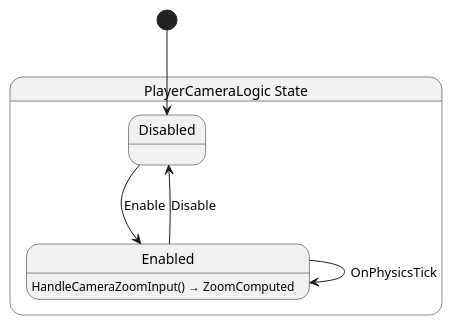
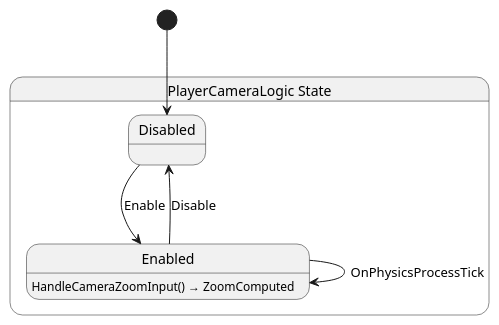
One commit to SkyValor/rescue-drone changed the diagram in Scripts/Drone/PlayerCamera/State/PlayerCameraLogic.g.puml. Above: the diagram before and after it, drawn with PlantUML. The commit also changed 7 other files, not shown here.

Commit message:
Attempted a different approach for smoothing out the camera rotation, but reverted. PlayerCameraLogic now outputs computed results instead of setting them directly.

```diff
--- a/Scripts/Drone/PlayerCamera/State/PlayerCameraLogic.g.puml
+++ b/Scripts/Drone/PlayerCamera/State/PlayerCameraLogic.g.puml
@@ -1,14 +1,14 @@
 @startuml PlayerCameraLogic
 state "PlayerCameraLogic State" as RescueDrone_PlayerCameraLogic_State {
   state "Disabled" as RescueDrone_PlayerCameraLogic_State_Disabled
   state "Enabled" as RescueDrone_PlayerCameraLogic_State_Enabled
 }
 
 RescueDrone_PlayerCameraLogic_State_Disabled --> RescueDrone_PlayerCameraLogic_State_Enabled : Enable
 RescueDrone_PlayerCameraLogic_State_Enabled --> RescueDrone_PlayerCameraLogic_State_Disabled : Disable
-RescueDrone_PlayerCameraLogic_State_Enabled --> RescueDrone_PlayerCameraLogic_State_Enabled : OnPhysicsTick
+RescueDrone_PlayerCameraLogic_State_Enabled --> RescueDrone_PlayerCameraLogic_State_Enabled : OnPhysicsProcessTick
 
 RescueDrone_PlayerCameraLogic_State_Enabled : HandleCameraZoomInput() → ZoomComputed
 
 [*] --> RescueDrone_PlayerCameraLogic_State_Disabled
 @enduml
```
